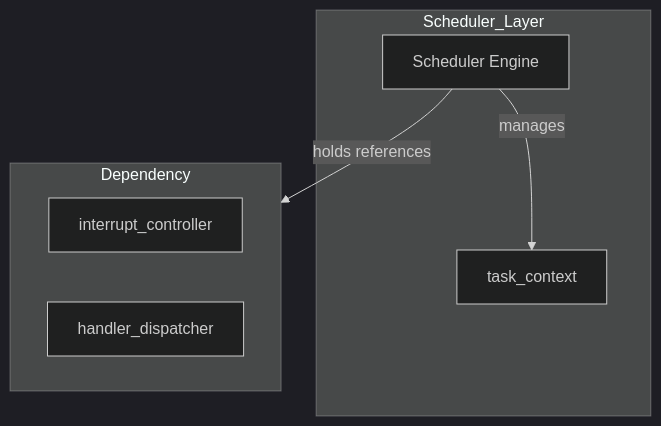
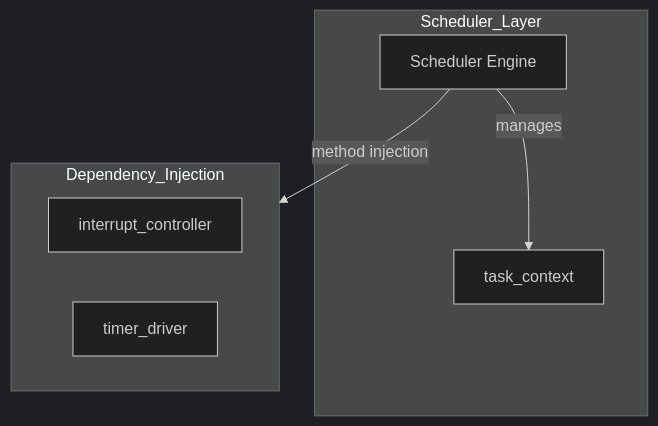
The first of 2 diagrams in docs/components/scheduler.md (kmt-t/fireball), drawn with Mermaid (dark theme) before and after one commit. The commit also changed other lines of this file and 51 other files, not shown here.

````diff
--- a/docs/components/scheduler.md
+++ b/docs/components/scheduler.md
@@ -17,15 +17,15 @@
 ```mermaid
 graph TD
     subgraph Scheduler_Layer
         Engine[Scheduler Engine]
         TCB[task_context]
     end
 
-    subgraph Dependency
+    subgraph Dependency_Injection
         I_IF[interrupt_controller]
-        H_IF[handler_dispatcher]
+        T_IF[timer_driver]
     end
 
-    Engine -- holds references --> Dependency
+    Engine -- method injection --> Dependency_Injection
     Engine -- manages --> TCB
 ```
````
